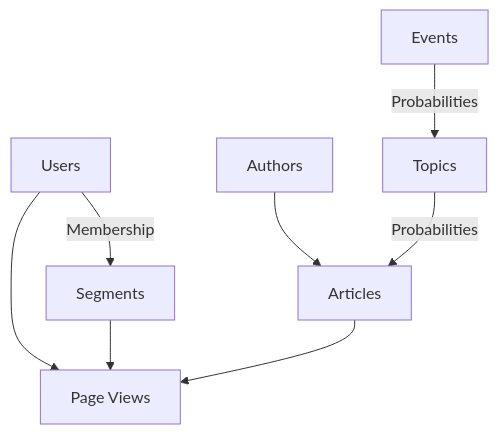
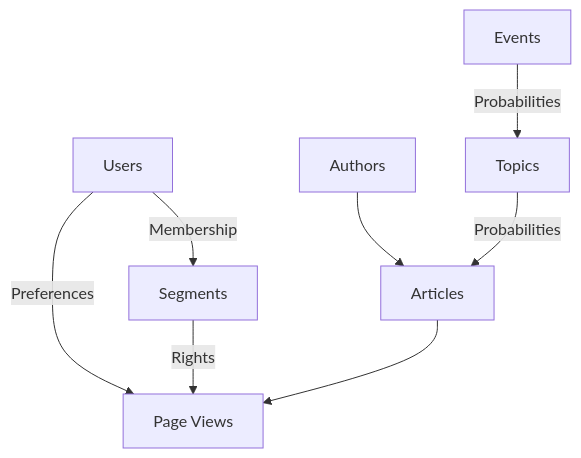
The diagram in object-schema.md (drewfeld216/BA2-Game), drawn with Mermaid before and after one commit.

````diff
--- a/object-schema.md
+++ b/object-schema.md
@@ -1,10 +1,10 @@
 ```mermaid
   graph TD;
       Authors --> Articles;
       Events -- Probabilities --> Topics;
       Topics -- Probabilities --> Articles;
       Users -- Membership --> Segments;
-      Users --> A[Page Views];
-      Segments --> A[Page Views];
+      Users -- Preferences --> A[Page Views];
+      Segments -- Rights --> A[Page Views];
       Articles --> A[Page Views];
 ```
````
